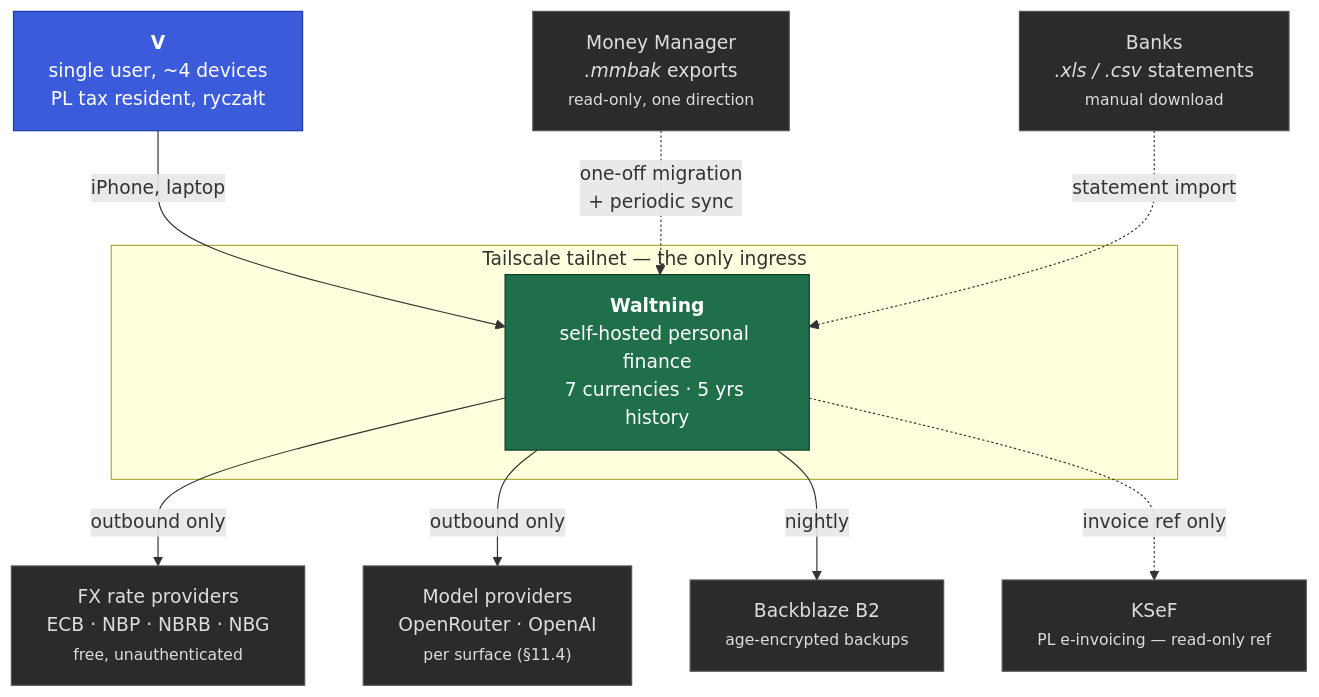
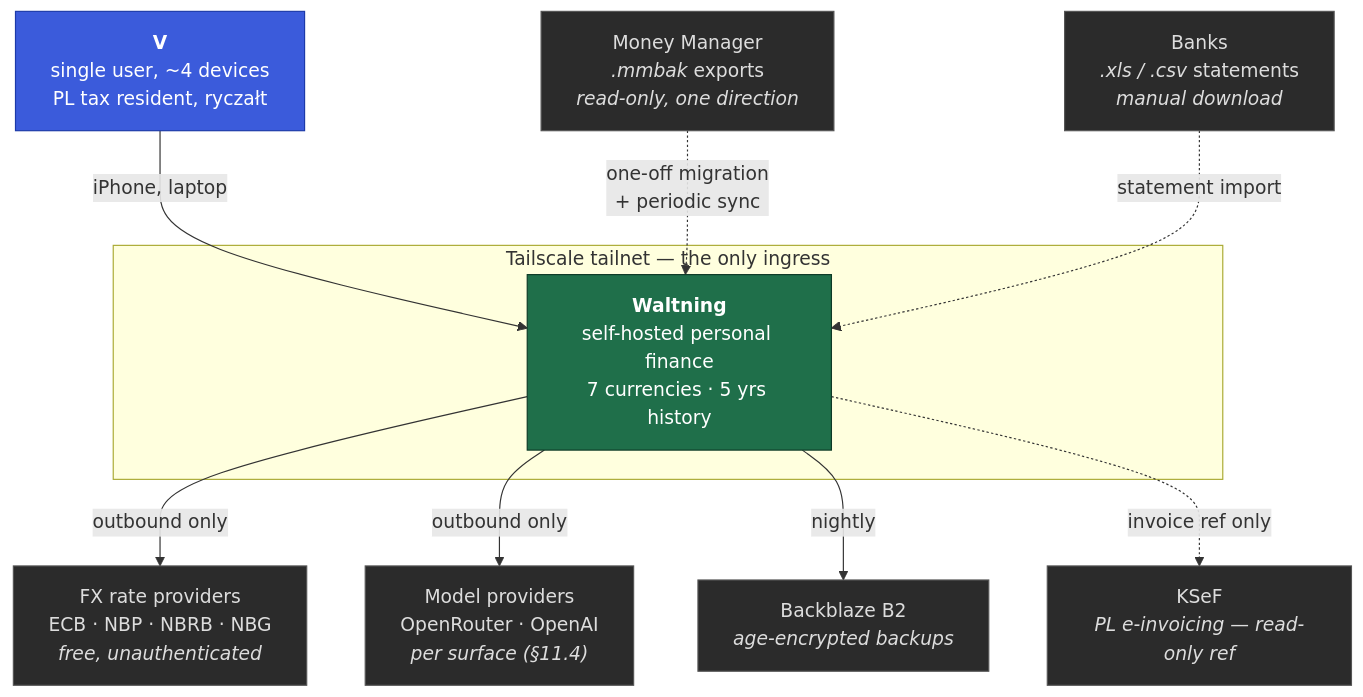
Before and after one commit to VoltLightning/waltning: the first of 4 diagrams in docs/specification/architecture/01-context-and-containers.md, drawn with Mermaid. The commit also changed other lines of this file and 15 other files, not shown here.

````diff
--- a/docs/specification/architecture/01-context-and-containers.md
+++ b/docs/specification/architecture/01-context-and-containers.md
@@ -14,30 +14,30 @@
 ```mermaid
 graph TB
     V["<b>V</b><br/>single user, ~4 devices<br/>PL tax resident, ryczałt"]
 
     subgraph tailnet["Tailscale tailnet — the only ingress"]
         W["<b>Waltning</b><br/>self-hosted personal finance<br/>7 currencies · 5 yrs history"]
     end
 
-    MM["Money Manager<br/><i>.mmbak</i> exports<br/><small>read-only, one direction</small>"]
-    BANK["Banks<br/><i>.xls / .csv</i> statements<br/><small>manual download</small>"]
-    FX["FX rate providers<br/>ECB · NBP · NBRB · NBG<br/><small>free, unauthenticated</small>"]
-    LLM["Model providers<br/>OpenRouter · OpenAI<br/><small>per surface (§11.4)</small>"]
-    B2["Backblaze B2<br/><small>age-encrypted backups</small>"]
-    KSEF["KSeF<br/><small>PL e-invoicing — read-only ref</small>"]
+    MM["Money Manager<br/><i>.mmbak</i> exports<br/><i>read-only, one direction</i>"]
+    BANK["Banks<br/><i>.xls / .csv</i> statements<br/><i>manual download</i>"]
+    FX["FX rate providers<br/>ECB · NBP · NBRB · NBG<br/><i>free, unauthenticated</i>"]
+    LLM["Model providers<br/>OpenRouter · OpenAI<br/><i>per surface (§11.4)</i>"]
+    B2["Backblaze B2<br/><i>age-encrypted backups</i>"]
+    KSEF["KSeF<br/><i>PL e-invoicing — read-only ref</i>"]
 
     V -->|"iPhone, laptop"| W
     MM -.->|"one-off migration<br/>+ periodic sync"| W
     BANK -.->|"statement import"| W
     W -->|"outbound only"| FX
     W -->|"outbound only"| LLM
     W -->|"nightly"| B2
     W -.->|"invoice ref only"| KSEF
 
     classDef sys fill:#1f6f4a,stroke:#0d3a26,color:#fff
     classDef ext fill:#2b2b2b,stroke:#555,color:#ddd
     classDef person fill:#3b5bdb,stroke:#1c3aa9,color:#fff
     class W sys
     class MM,BANK,FX,LLM,B2,KSEF ext
     class V person
 ```
````
